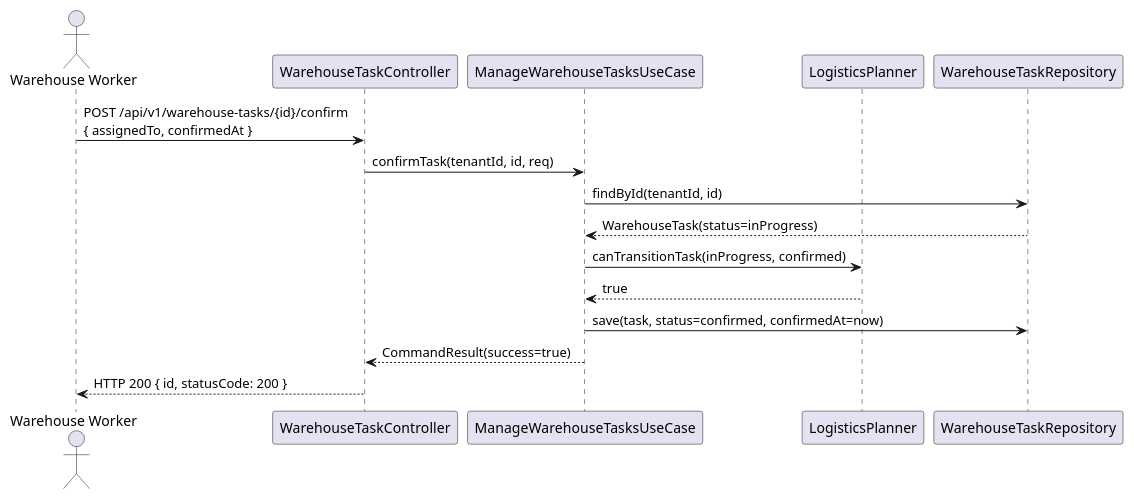
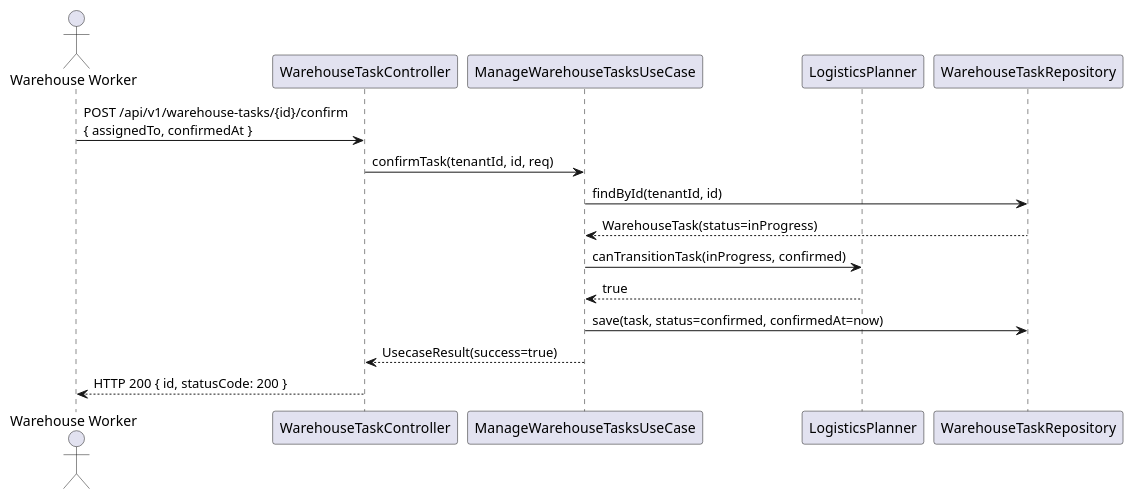
The fourth of 5 diagrams in logistic-management/UML.md (UIMSolutions/uim-platform), drawn with PlantUML before and after one commit. The commit also changed other lines of this file and 907 other files, not shown here.

Commit message:
Rename CommandResult

````diff
--- a/logistic-management/UML.md
+++ b/logistic-management/UML.md
@@ -187,20 +187,20 @@
 ```plantuml
 @startuml task-confirm-sequence
 skinparam shadowing false
 actor "Warehouse Worker" as worker
 participant "WarehouseTaskController" as ctrl
 participant "ManageWarehouseTasksUseCase" as uc
 participant "LogisticsPlanner" as planner
 participant "WarehouseTaskRepository" as repo
 
 worker -> ctrl : POST /api/v1/warehouse-tasks/{id}/confirm\n{ assignedTo, confirmedAt }
 ctrl -> uc : confirmTask(tenantId, id, req)
 uc -> repo : findById(tenantId, id)
 repo --> uc : WarehouseTask(status=inProgress)
 uc -> planner : canTransitionTask(inProgress, confirmed)
 planner --> uc : true
 uc -> repo : save(task, status=confirmed, confirmedAt=now)
-uc --> ctrl : CommandResult(success=true)
+uc --> ctrl : UsecaseResult(success=true)
 ctrl --> worker : HTTP 200 { id, statusCode: 200 }
 @enduml
 ```
````
